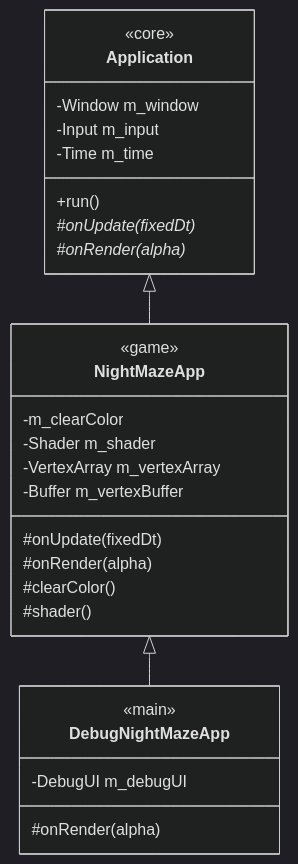
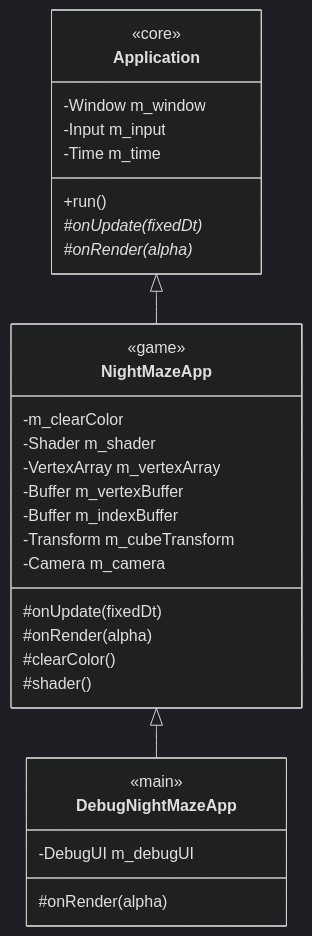
Before and after one commit to Shironex/night-maze: the third of 3 diagrams in docs/modules/core/README.md, drawn with Mermaid (dark theme). The commit also changed other lines of this file and 27 other files, not shown here.

````diff
--- a/docs/modules/core/README.md
+++ b/docs/modules/core/README.md
@@ -169,30 +173,33 @@
 ```mermaid
 classDiagram
     class Application {
         <<core>>
         -Window m_window
         -Input m_input
         -Time m_time
         +run()
         #onUpdate(fixedDt)*
         #onRender(alpha)*
     }
     class NightMazeApp {
         <<game>>
         -m_clearColor
         -Shader m_shader
         -VertexArray m_vertexArray
         -Buffer m_vertexBuffer
+        -Buffer m_indexBuffer
+        -Transform m_cubeTransform
+        -Camera m_camera
         #onUpdate(fixedDt)
         #onRender(alpha)
         #clearColor()
         #shader()
     }
     class DebugNightMazeApp {
         <<main>>
         -DebugUI m_debugUI
         #onRender(alpha)
     }
     Application <|-- NightMazeApp
     NightMazeApp <|-- DebugNightMazeApp
 ```
````
